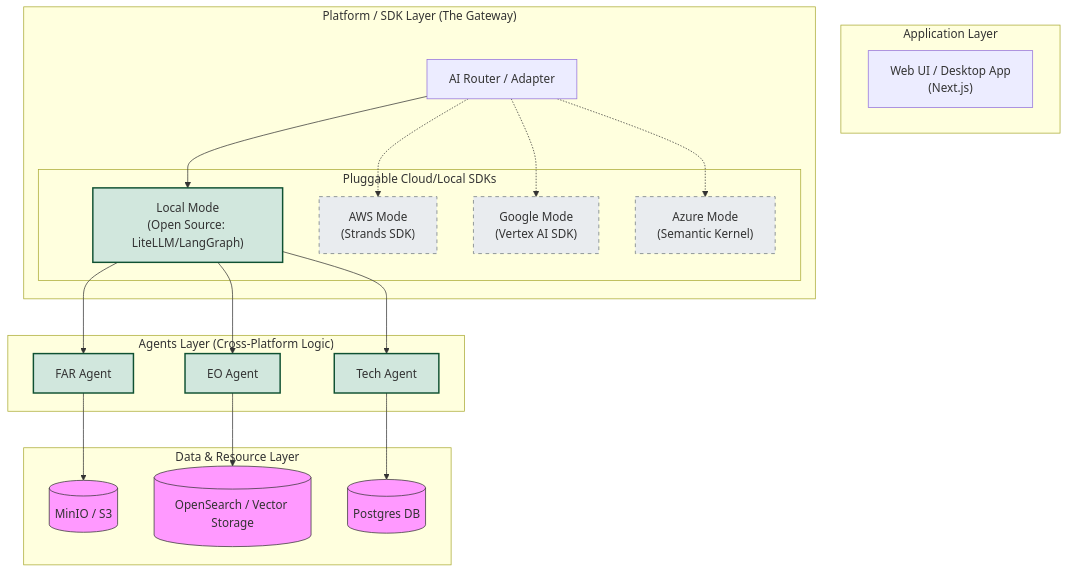
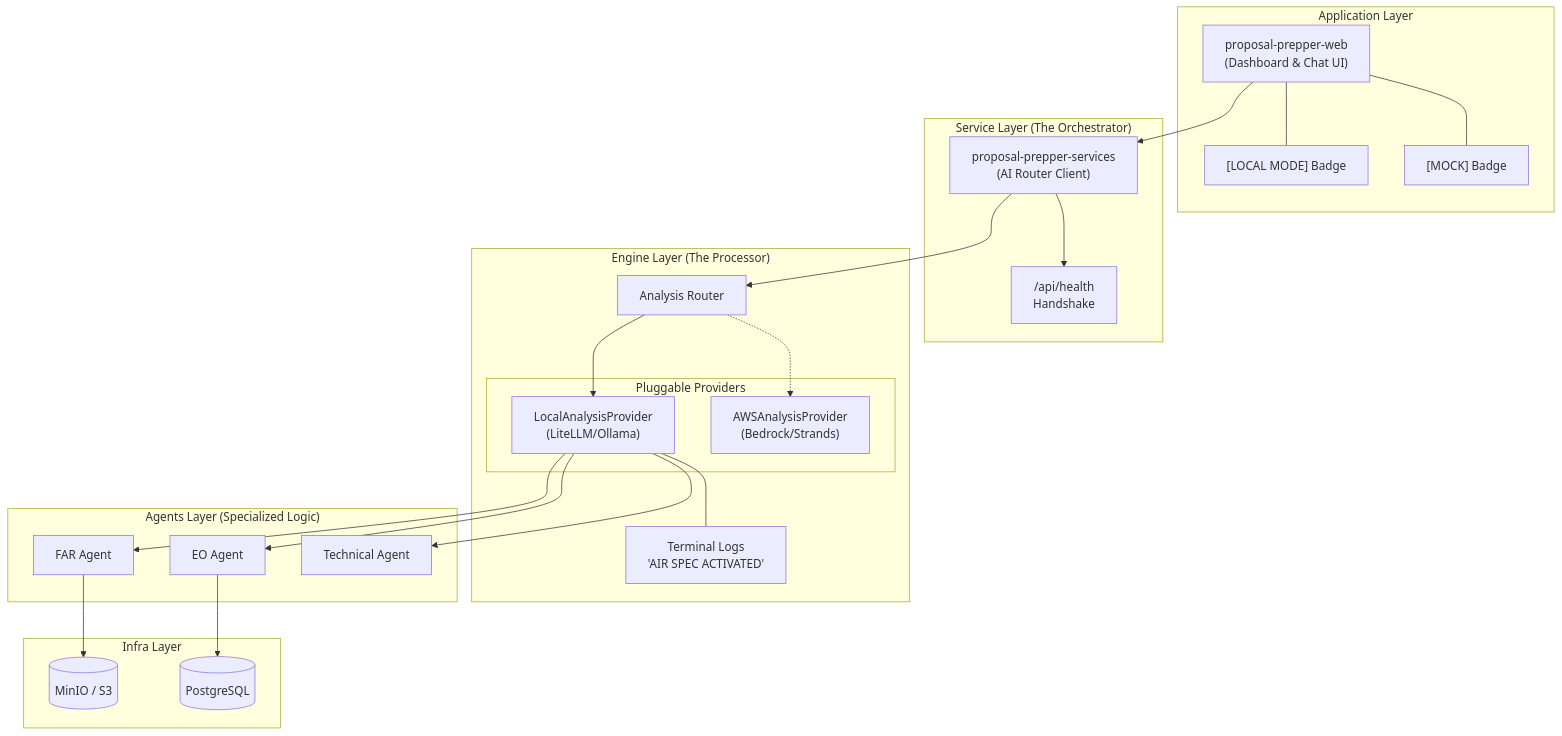
The diagram in proposal-prepper-docs/architecture_on_prem_vs_cloud.md (SeventeenSierra/proposal-prepper), drawn with Mermaid before and after one commit. The commit also changed other lines of this file and 86 other files, not shown here.

````diff
--- a/proposal-prepper-docs/architecture_on_prem_vs_cloud.md
+++ b/proposal-prepper-docs/architecture_on_prem_vs_cloud.md
@@ -7,50 +7,50 @@
 ```mermaid
 graph TD
     subgraph "Application Layer"
-        WEB["Web UI / Desktop App<br/>(Next.js)"]
+        WEB["proposal-prepper-web<br/>(Dashboard & Chat UI)"]
+        BADGE_LOCAL["[LOCAL MODE] Badge"]
+        BADGE_MOCK["[MOCK] Badge"]
+        WEB --- BADGE_LOCAL
+        WEB --- BADGE_MOCK
     end
 
-    subgraph "Platform / SDK Layer (The Gateway)"
-        ROUTER["AI Router / Adapter"]
+    subgraph "Service Layer (The Orchestrator)"
+        SVC["proposal-prepper-services<br/>(AI Router Client)"]
+        HEALTH["/api/health<br/>Handshake"]
+        SVC --> HEALTH
+    end
+
+    subgraph "Engine Layer (The Processor)"
+        ROUTER["Analysis Router"]
+        LOGS["Terminal Logs<br/>'AIR SPEC ACTIVATED'"]
         
-        subgraph "Pluggable Cloud/Local SDKs"
-            LOCAL_SDK["Local Mode<br/>(Open Source: LiteLLM/LangGraph)"]
-            AWS_SDK["AWS Mode<br/>(Strands SDK)"]
-            GCP_SDK["Google Mode<br/>(Vertex AI SDK)"]
-            AZURE_SDK["Azure Mode<br/>(Semantic Kernel)"]
+        subgraph "Pluggable Providers"
+            LOCAL_PROV["LocalAnalysisProvider<br/>(LiteLLM/Ollama)"]
+            AWS_PROV["AWSAnalysisProvider<br/>(Bedrock/Strands)"]
         end
         
-        ROUTER --> LOCAL_SDK
-        ROUTER -.-> AWS_SDK
-        ROUTER -.-> GCP_SDK
-        ROUTER -.-> AZURE_SDK
+        ROUTER --> LOCAL_PROV
+        ROUTER -.-> AWS_PROV
+        LOCAL_PROV --- LOGS
     end
 
-    subgraph "Agents Layer (Cross-Platform Logic)"
+    subgraph "Agents Layer (Specialized Logic)"
         FAR_AGENT["FAR Agent"]
         EO_AGENT["EO Agent"]
-        TECH_AGENT["Tech Agent"]
+        TECH_AGENT["Technical Agent"]
         
-        LOCAL_SDK --> FAR_AGENT
-        LOCAL_SDK --> EO_AGENT
-        LOCAL_SDK --> TECH_AGENT
+        LOCAL_PROV --> FAR_AGENT
+        LOCAL_PROV --> EO_AGENT
+        LOCAL_PROV --> TECH_AGENT
     end
 
-    subgraph "Data & Resource Layer"
-        MINIO[("MinIO / S3")]
-        OS_LOCAL[("OpenSearch / Vector Storage")]
-        DB[("Postgres DB")]
+    subgraph "Infra Layer"
+        STORAGE[("MinIO / S3")]
+        DB[("PostgreSQL")]
     end
 
-    FAR_AGENT --> MINIO
-    EO_AGENT --> OS_LOCAL
-    TECH_AGENT --> DB
-
-    classDef current fill:#d1e7dd,stroke:#0f5132,stroke-width:2px;
-    classDef future fill:#e9ecef,stroke:#6c757d,stroke-dasharray: 5 5;
-    classDef infra fill:#f9f,stroke:#333;
-    
-    class LOCAL_SDK,FAR_AGENT,EO_AGENT,TECH_AGENT current;
-    class AWS_SDK,GCP_SDK,AZURE_SDK future;
-    class MINIO,OS_LOCAL,DB infra;
+    WEB --> SVC
+    SVC --> ROUTER
+    FAR_AGENT --> STORAGE
+    EO_AGENT --> DB
 ```
````
